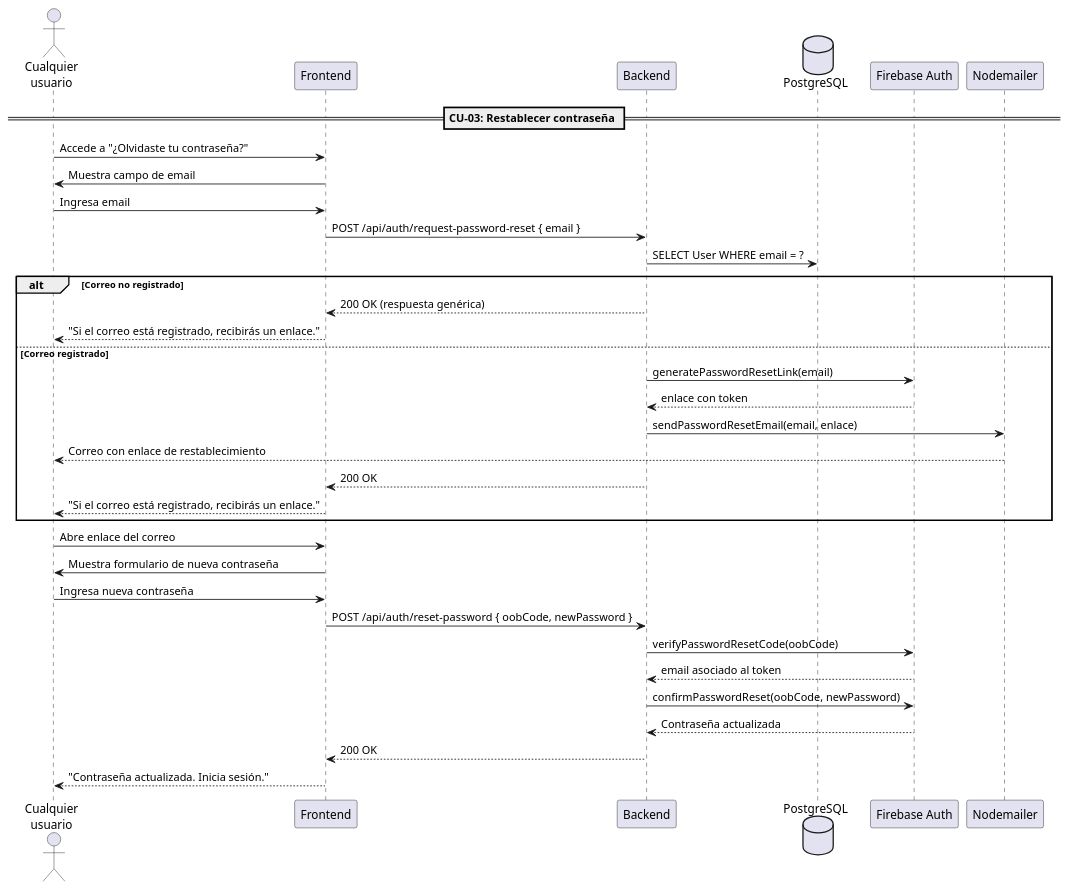
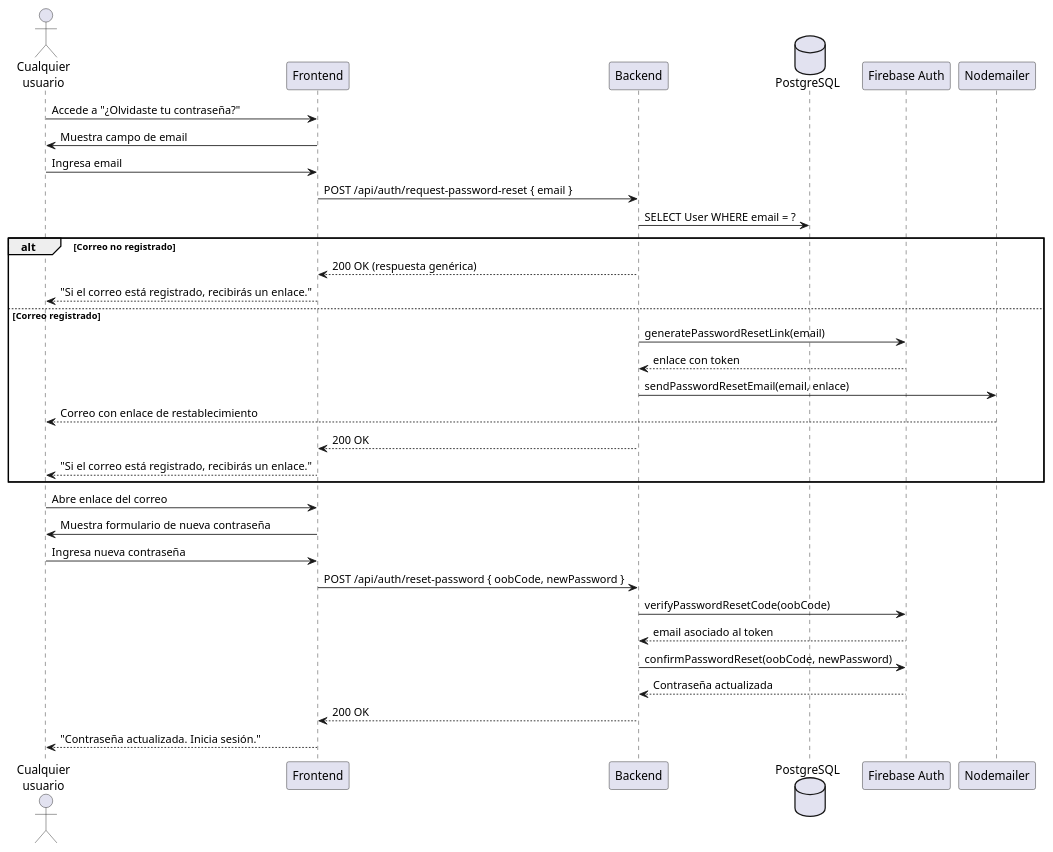
One commit to LinuxLab-UFPS/LinuxLab changed the sixth of 52 diagrams in docs/annexes/cu-especificacion.md. Above: the diagram before and after it, drawn with PlantUML. The commit also changed other lines of this file and 1 other file, not shown here.

````diff
--- a/docs/annexes/cu-especificacion.md
+++ b/docs/annexes/cu-especificacion.md
@@ -236,49 +297,47 @@
 ```plantuml
 @startuml
 actor "Cualquier\nusuario" as U
 participant "Frontend" as FE
 participant "Backend" as BE
 database "PostgreSQL" as DB
 participant "Firebase Auth" as FB
 participant "Nodemailer" as Mail
-
-== CU-03: Restablecer contraseña ==
 
 U -> FE : Accede a "¿Olvidaste tu contraseña?"
 FE -> U : Muestra campo de email
 
 U -> FE : Ingresa email
 FE -> BE : POST /api/auth/request-password-reset { email }
 
 BE -> DB : SELECT User WHERE email = ?
 alt Correo no registrado
   BE --> FE : 200 OK (respuesta genérica)
   FE --> U : "Si el correo está registrado, recibirás un enlace."
 else Correo registrado
   BE -> FB : generatePasswordResetLink(email)
   FB --> BE : enlace con token
 
   BE -> Mail : sendPasswordResetEmail(email, enlace)
   Mail --> U : Correo con enlace de restablecimiento
 
   BE --> FE : 200 OK
   FE --> U : "Si el correo está registrado, recibirás un enlace."
 end
 
 U -> FE : Abre enlace del correo
 FE -> U : Muestra formulario de nueva contraseña
 
 U -> FE : Ingresa nueva contraseña
 FE -> BE : POST /api/auth/reset-password { oobCode, newPassword }
 
 BE -> FB : verifyPasswordResetCode(oobCode)
 FB --> BE : email asociado al token
 
 BE -> FB : confirmPasswordReset(oobCode, newPassword)
 FB --> BE : Contraseña actualizada
 
 BE --> FE : 200 OK
 FE --> U : "Contraseña actualizada. Inicia sesión."
 
 @enduml
 ```
````
